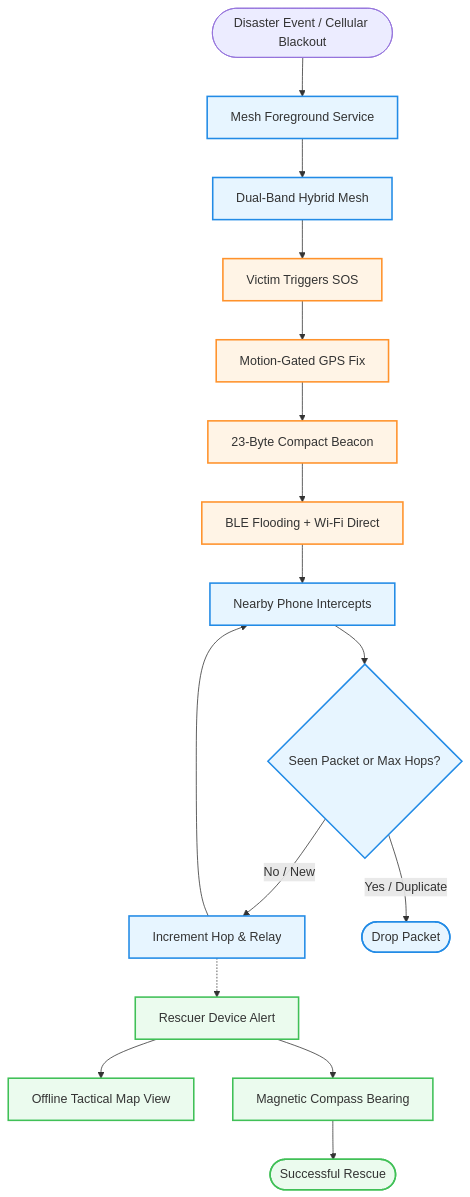
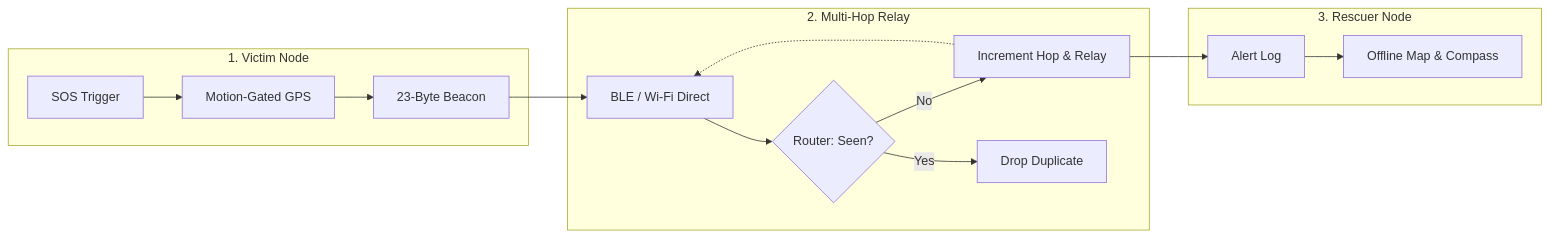
The diagram in README.md (dhamodharan-13/Disaster-SOS), drawn with Mermaid before and after one commit. The commit also changed other lines of this file, not shown here.

Commit message:
Refactor README: remove emojis and streamline flowchart into compact horizontal layout

````diff
--- a/README.md
+++ b/README.md
@@ -29,28 +29,20 @@
 ```mermaid
-graph TD
-    classDef sys fill:#e7f5ff,stroke:#228be6,stroke-width:2px;
-    classDef vic fill:#fff4e6,stroke:#ff922b,stroke-width:2px;
-    classDef res fill:#ebfbee,stroke:#40c057,stroke-width:2px;
+graph LR
+    subgraph Victim["1. Victim Node"]
+        A[SOS Trigger] --> B[Motion-Gated GPS]
+        B --> C[23-Byte Beacon]
+    end
 
-    Start([Disaster Event / Cellular Blackout]) --> Svc[Mesh Foreground Service]:::sys
-    Svc --> Net[Dual-Band Hybrid Mesh]:::sys
+    subgraph Mesh["2. Multi-Hop Relay"]
+        C --> D[BLE / Wi-Fi Direct]
+        D --> E{Router: Seen?}
+        E -- No --> F[Increment Hop & Relay]
+        F -.-> D
+        E -- Yes --> G[Drop Duplicate]
+    end
 
-    %% Victim Mode
-    Net --> V_Trigger[Victim Triggers SOS]:::vic
-    V_Trigger --> V_Loc[Motion-Gated GPS Fix]:::vic
-    V_Loc --> V_Payload[23-Byte Compact Beacon]:::vic
-    V_Payload --> V_Broad[BLE Flooding + Wi-Fi Direct]:::vic
-
-    %% Multi-Hop Relay
-    V_Broad --> M_Catch[Nearby Phone Intercepts]:::sys
-    M_Catch --> M_Router{Seen Packet or Max Hops?}:::sys
-    M_Router -- No / New --> M_Relay[Increment Hop & Relay]:::sys
-    M_Relay --> M_Catch
-    M_Router -- Yes / Duplicate --> Drop([Drop Packet]):::sys
-
-    %% Rescuer Dashboard
-    M_Relay -.-> R_Alert[Rescuer Device Alert]:::res
-    R_Alert --> R_Map[Offline Tactical Map View]:::res
-    R_Alert --> R_Compass[Magnetic Compass Bearing]:::res
-    R_Compass --> Rescue([Successful Rescue]):::res
+    subgraph Rescuer["3. Rescuer Node"]
+        F --> H[Alert Log]
+        H --> I[Offline Map & Compass]
+    end
 ```
````
